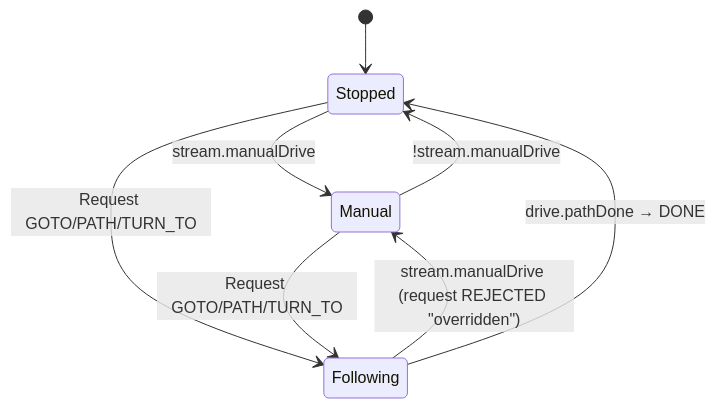
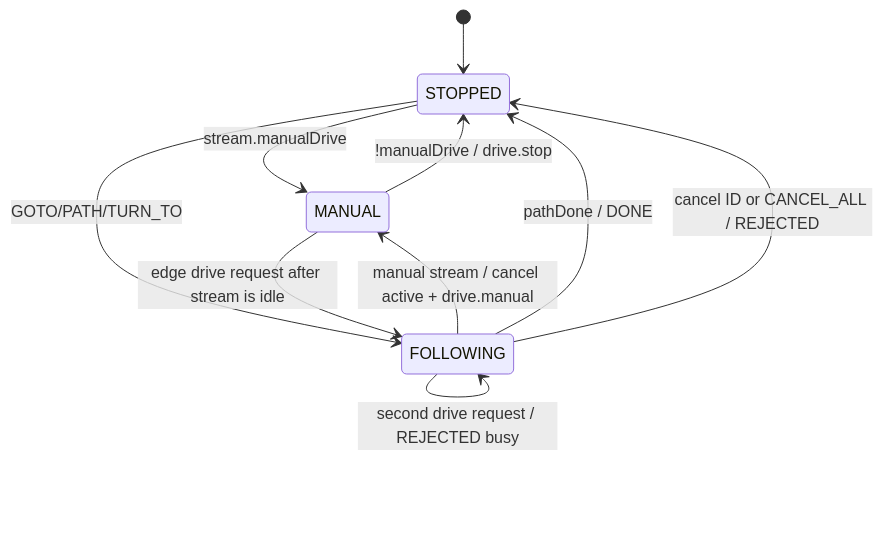
Diagram 17 of 23 in architecture/architecture.md (tunapro1234/boobuzz-docs), drawn with Mermaid before and after one commit. The commit also changed other lines of this file and 48 other files, not shown here.

First line of the commit message:
Rewrite architecture as rendered diagram-first reference

````diff
--- a/architecture/architecture.md
+++ b/architecture/architecture.md
@@ -761,10 +722,12 @@
 ```mermaid
 stateDiagram-v2
-    [*] --> Stopped
-    Stopped --> Manual: stream.manualDrive
-    Stopped --> Following: Request GOTO/PATH/TURN_TO
-    Following --> Manual: stream.manualDrive (request REJECTED "overridden")
-    Following --> Stopped: drive.pathDone → DONE
-    Manual --> Stopped: !stream.manualDrive
-    Manual --> Following: Request GOTO/PATH/TURN_TO
+    [*] --> STOPPED
+    STOPPED --> MANUAL: stream.manualDrive
+    STOPPED --> FOLLOWING: GOTO/PATH/TURN_TO
+    FOLLOWING --> MANUAL: manual stream / cancel active + drive.manual
+    FOLLOWING --> STOPPED: pathDone / DONE
+    FOLLOWING --> STOPPED: cancel ID or CANCEL_ALL / REJECTED
+    MANUAL --> STOPPED: !manualDrive / drive.stop
+    MANUAL --> FOLLOWING: edge drive request after stream is idle
+    FOLLOWING --> FOLLOWING: second drive request / REJECTED busy
 ```
````
